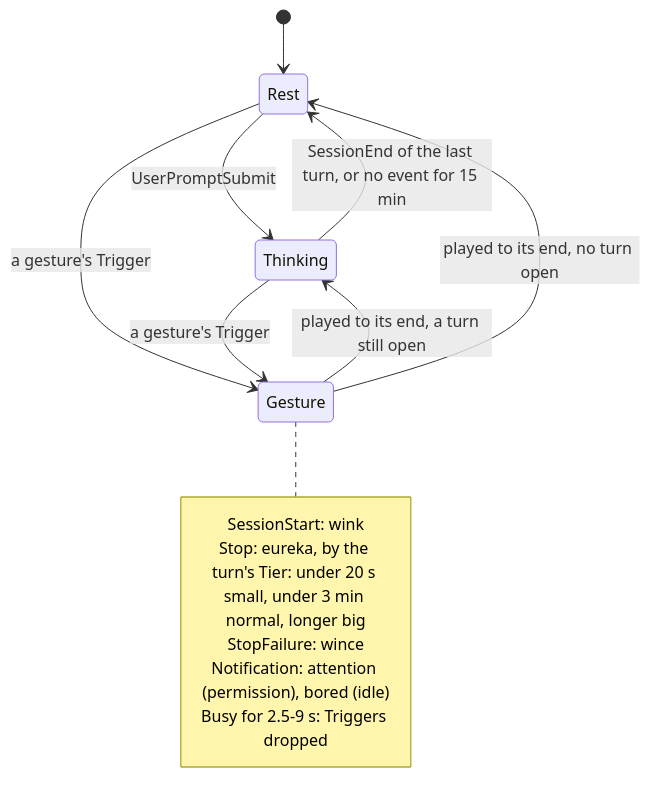
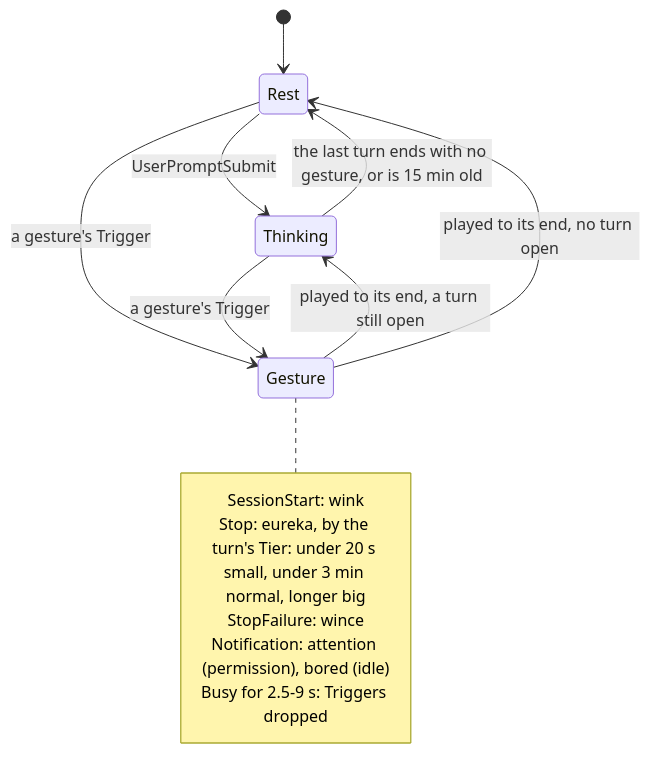
The second of 3 diagrams in docs/how-it-works.md (yellow-pine/noggin), drawn with Mermaid before and after one commit. The commit also changed other lines of this file and 1 other file, not shown here.

First line of the commit message:
Diagrams: review fixes, four tries in all, the stale turn and the no-beacon path as the code has them (#256)

````diff
--- a/docs/how-it-works.md
+++ b/docs/how-it-works.md
@@ -32,24 +32,24 @@
 ```mermaid
 ---
 config:
   layout: dagre
   look: classic
 ---
 stateDiagram-v2
     accTitle: From a Claude Code hook to a gesture
-    accDescr: The Mech rests until a prompt starts a turn and it thinks. A Trigger that plays a gesture interrupts rest or thinking; while the gesture plays the noggin service is Busy and drops Triggers. When it ends the Mech thinks if a turn is still open, else rests. The last turn ending, or no event for 15 min, returns it to rest.
+    accDescr: The Mech rests until a prompt starts a turn and it thinks. A Trigger that plays a gesture interrupts rest or thinking; while the gesture plays the noggin service is Busy and drops Triggers. When it ends the Mech thinks if a turn is still open, else rests. The last turn ending with no gesture (SessionEnd, or a Stop while Busy), or a last turn 15 min old returns it to rest.
     [*] --> Rest
     Rest --> Thinking: UserPromptSubmit
     Rest --> Gesture: a gesture's Trigger
     Thinking --> Gesture: a gesture's Trigger
     Gesture --> Thinking: played to its end, a turn still open
     Gesture --> Rest: played to its end, no turn open
-    Thinking --> Rest: SessionEnd of the last turn, or no event for 15 min
+    Thinking --> Rest: the last turn ends with no gesture, or is 15 min old
     note right of Gesture
         SessionStart: wink
         Stop: eureka, by the turn's Tier: under 20 s small, under 3 min normal, longer big
         StopFailure: wince
         Notification: attention (permission), bored (idle)
         Busy for 2.5-9 s: Triggers dropped
     end note
 ```
````
